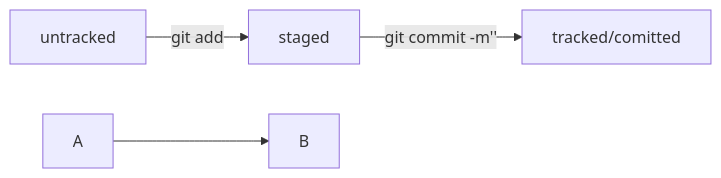
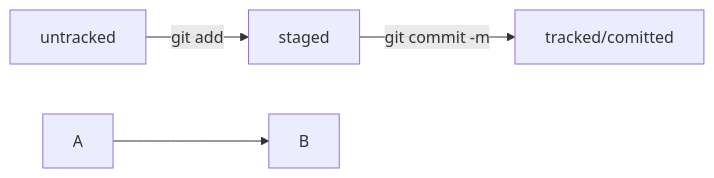
Before and after one commit to howlansh/Git-basics: the diagram in README.md, drawn with Mermaid. The commit also changed other lines of this file, not shown here.

Commit message:
test commit

````diff
--- a/README.md
+++ b/README.md
@@ -48,8 +62,8 @@
 ```mermaid
 graph LR;
   untracked -- "git add" --> staged;
-  staged    -- "git commit -m'<messange>'"     --> tracked/comitted;
+  staged    -- "git commit -m <messange>"     --> tracked/comitted;
 
 %% стрелка без текста для примера: 
   A --> B;
 ```
````
